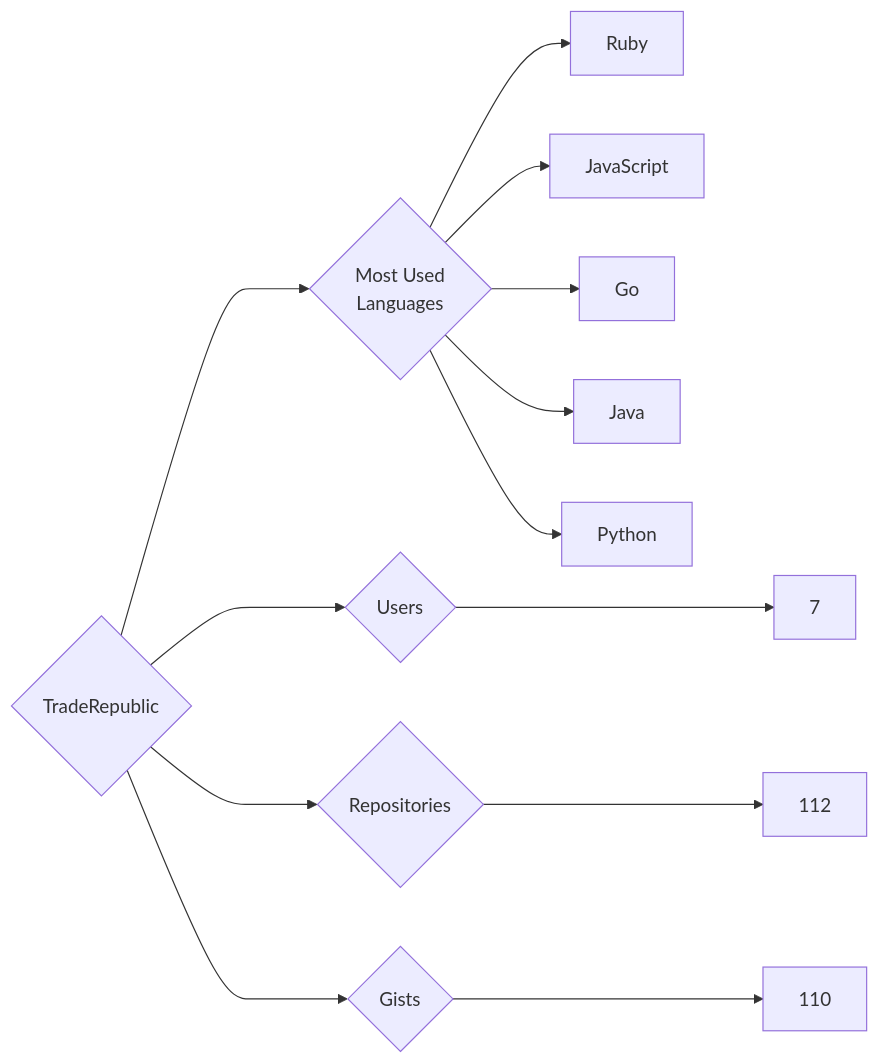
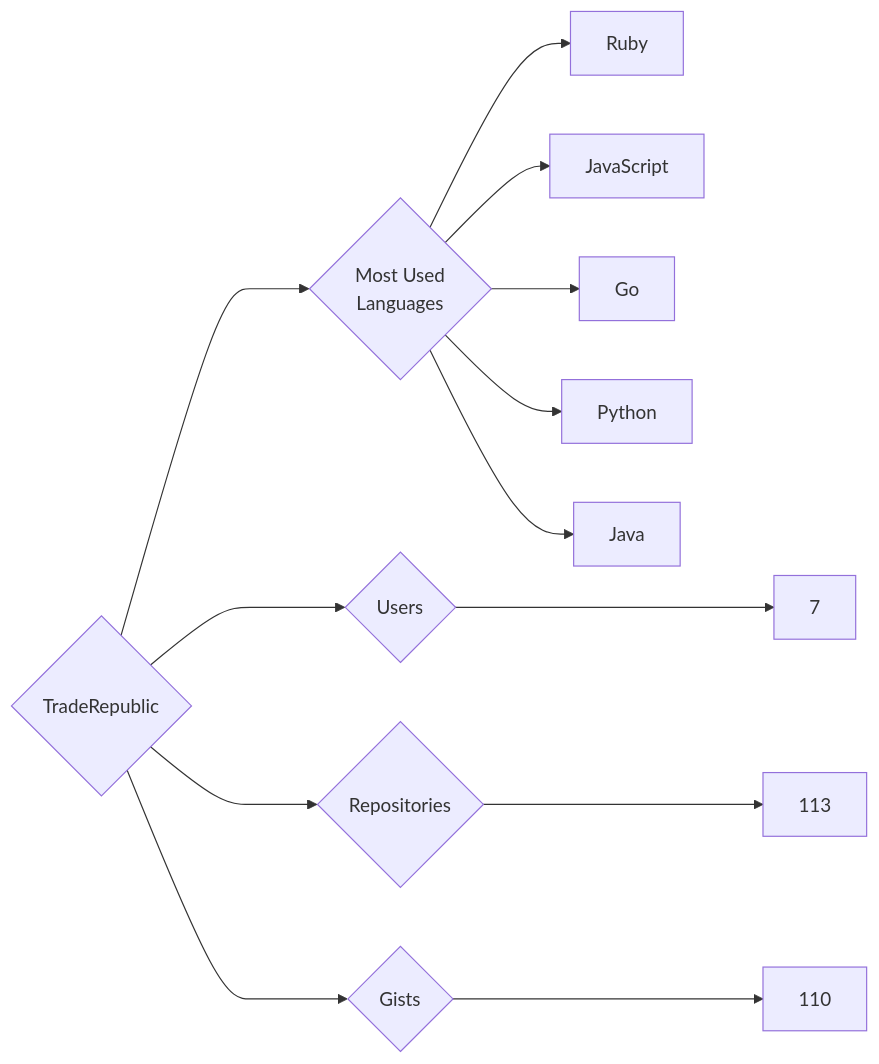
Before and after one commit to trickest/insiders: the diagram in targets/TradeRepublic/README.md, drawn with Mermaid. The commit also changed 815 other files, not shown here.

````diff
--- a/targets/TradeRepublic/README.md
+++ b/targets/TradeRepublic/README.md
@@ -3,13 +3,13 @@
 ```mermaid
 graph LR
 COMPANY_NAME{TradeRepublic}
 COMPANY_NAME ---> U{Users} ---> UN[7]
-COMPANY_NAME ---> R{Repositories} ---> RN[112]
+COMPANY_NAME ---> R{Repositories} ---> RN[113]
 COMPANY_NAME ---> G{Gists} ---> GN[110]
 COMPANY_NAME ---> ML{Most Used<br>Languages}
 ML --> Ruby[Ruby]
 ML --> JavaScript[JavaScript]
 ML --> Go[Go]
+ML --> Python[Python]
 ML --> Java[Java]
-ML --> Python[Python]
 ```
````
